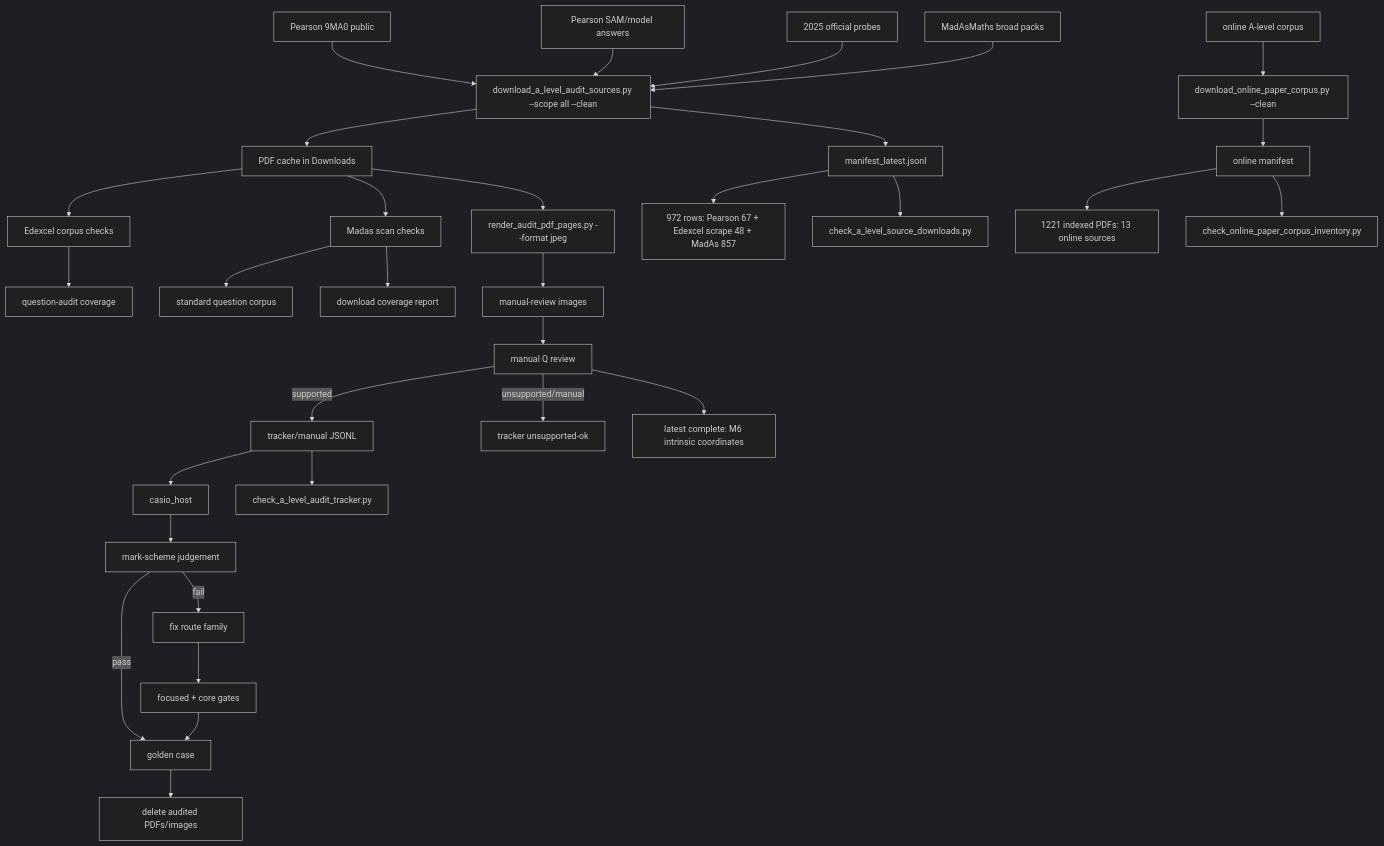
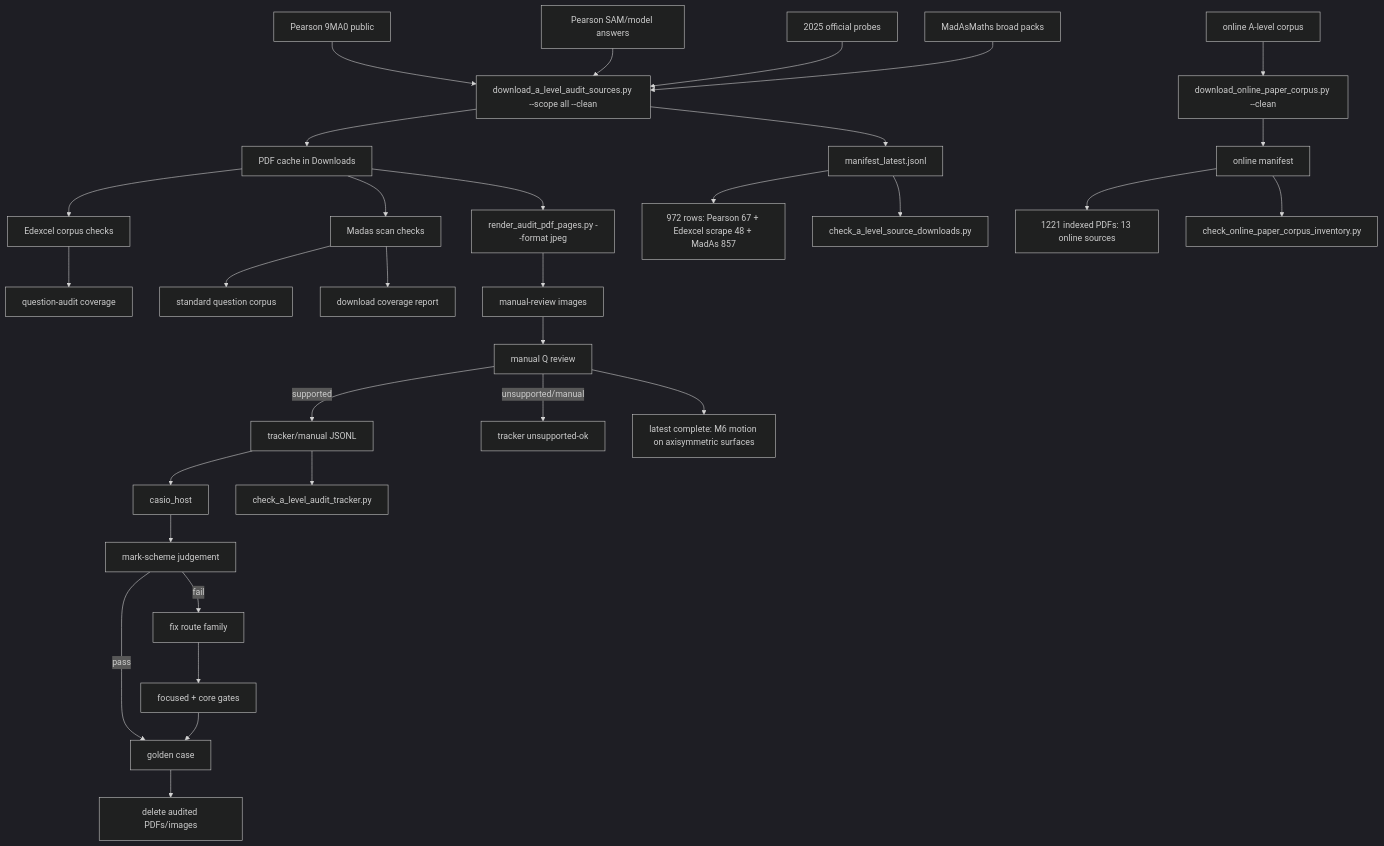
Before and after one commit to james8464/notes-addin-casio-fx-cg50: the diagram in c++/tools/golden/a_level_audit_graph.md, drawn with Mermaid (dark theme). The commit also changed other lines of this file and 2 other files, not shown here.

Commit message:
Audit M6 axisymmetric surfaces booklet

````diff
--- a/c++/tools/golden/a_level_audit_graph.md
+++ b/c++/tools/golden/a_level_audit_graph.md
@@ -3,34 +3,34 @@
 ```mermaid
 graph TD
   E1["Pearson 9MA0 public"] --> D["download_a_level_audit_sources.py --scope all --clean"]
   E2["Pearson SAM/model answers"] --> D
   E3["2025 official probes"] --> D
   M1["MadAsMaths broad packs"] --> D
   O1["online A-level corpus"] --> OD["download_online_paper_corpus.py --clean"]
   D --> P["PDF cache in Downloads"]
   D --> X["manifest_latest.jsonl"]
   OD --> OX["online manifest"]
   X --> XC["972 rows: Pearson 67 + Edexcel scrape 48 + MadAs 857"]
   OX --> OC["1221 indexed PDFs: 13 online sources"]
   X --> V["check_a_level_source_downloads.py"]
   OX --> OV["check_online_paper_corpus_inventory.py"]
   P --> E["Edexcel corpus checks"]
   E --> EQ["question-audit coverage"]
   P --> S["Madas scan checks"]
   S --> M["standard question corpus"]
   S --> MC["download coverage report"]
   P --> R["render_audit_pdf_pages.py --format jpeg"]
   R --> I["manual-review images"]
   I --> Q["manual Q review"]
   Q -->|supported| J["tracker/manual JSONL"]
   Q -->|unsupported/manual| U["tracker unsupported-ok"]
   J --> H["casio_host"]
   J --> K["check_a_level_audit_tracker.py"]
   H --> C["mark-scheme judgement"]
   C -->|pass| G["golden case"]
   C -->|fail| F["fix route family"]
   F --> T["focused + core gates"]
   T --> G
   G --> Z["delete audited PDFs/images"]
-  Q --> Qt["latest complete: M6 intrinsic coordinates"]
+  Q --> Qt["latest complete: M6 motion on axisymmetric surfaces"]
 ```
````
